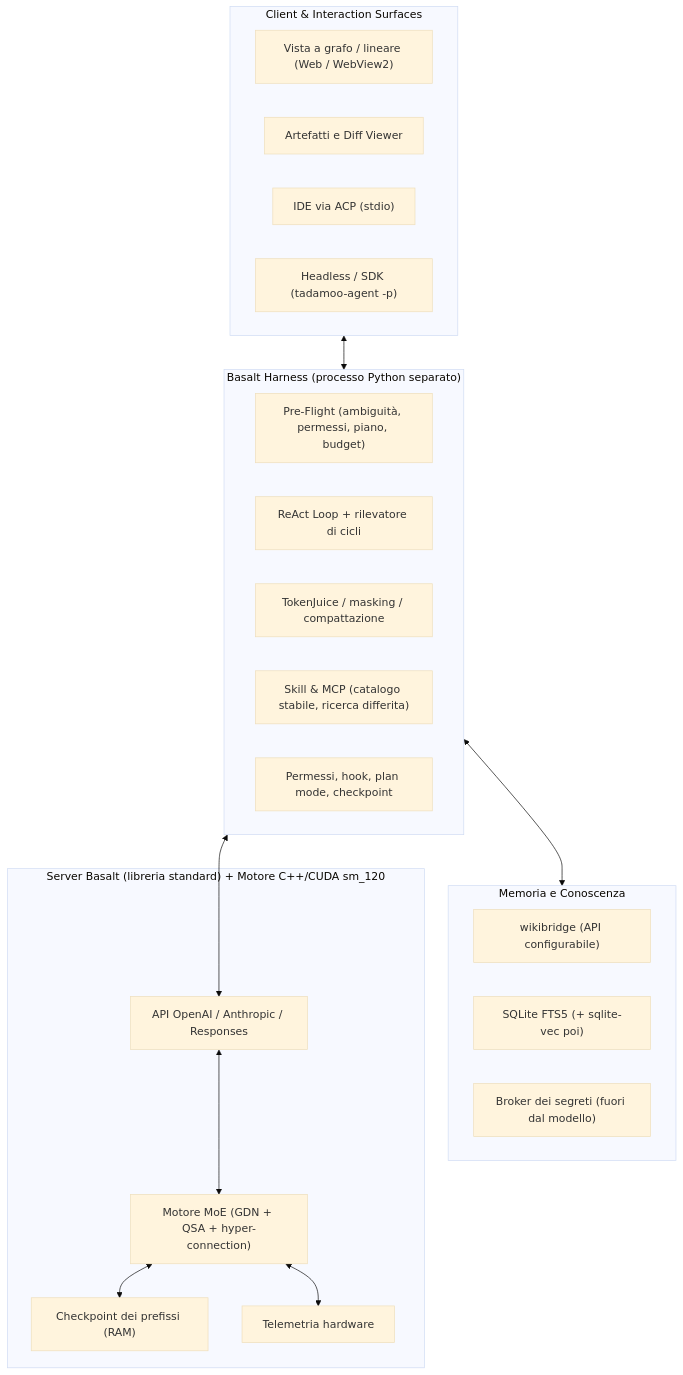
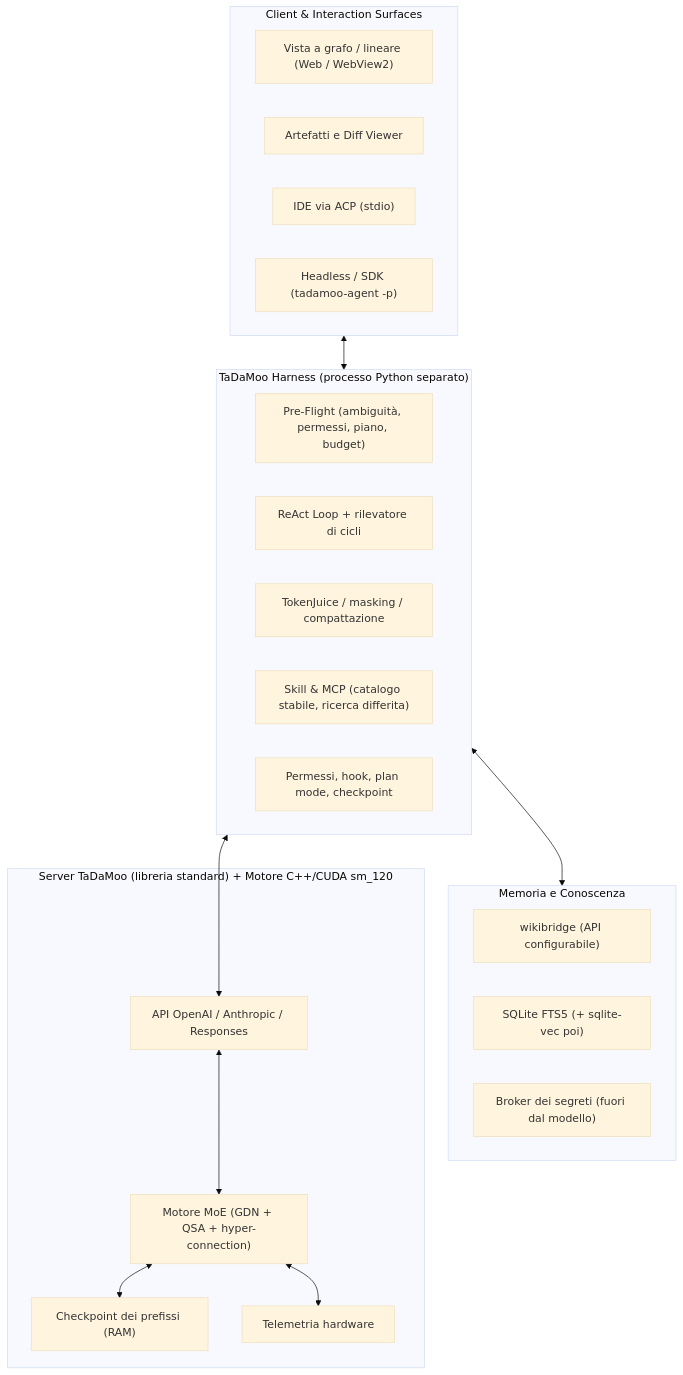
One commit to nuspy/tadamoo changed the sixth of 7 diagrams in the_way_to_the_moon.md. Above: the diagram before and after it, drawn with Mermaid (base theme). The commit also changed other lines of this file and 163 other files, not shown here.

First line of the commit message:
rename: the product name in prose becomes TaDaMoo and the engine's becomes Basalt-Plus

````diff
--- a/the_way_to_the_moon.md
+++ b/the_way_to_the_moon.md
@@ -969,37 +969,37 @@
 ```mermaid
 flowchart TD
     subgraph Client_Tier ["Client & Interaction Surfaces"]
         CANVAS["Vista a grafo / lineare (Web / WebView2)"]
         DIFF["Artefatti e Diff Viewer"]
         IDE["IDE via ACP (stdio)"]
         CLI["Headless / SDK (tadamoo-agent -p)"]
     end
 
-    subgraph Harness_Tier ["Basalt Harness (processo Python separato)"]
+    subgraph Harness_Tier ["TaDaMoo Harness (processo Python separato)"]
         PRE["Pre-Flight (ambiguità, permessi, piano, budget)"]
         REACT["ReAct Loop + rilevatore di cicli"]
         TJ["TokenJuice / masking / compattazione"]
         ROUTER["Skill & MCP (catalogo stabile, ricerca differita)"]
         PERM["Permessi, hook, plan mode, checkpoint"]
     end
 
     subgraph Knowledge_Tier ["Memoria e Conoscenza"]
         WIKI["wikibridge (API configurabile)"]
         SQL["SQLite FTS5 (+ sqlite-vec poi)"]
         BROKER["Broker dei segreti (fuori dal modello)"]
     end
 
-    subgraph Engine_Tier ["Server Basalt (libreria standard) + Motore C++/CUDA sm_120"]
+    subgraph Engine_Tier ["Server TaDaMoo (libreria standard) + Motore C++/CUDA sm_120"]
         API["API OpenAI / Anthropic / Responses"]
         ENGINE["Motore MoE (GDN + QSA + hyper-connection)"]
         CACHE["Checkpoint dei prefissi (RAM)"]
         VRAM["Telemetria hardware"]
     end
 
     Client_Tier <--> Harness_Tier
     Harness_Tier <--> Knowledge_Tier
     Harness_Tier <--> API
     API <--> ENGINE
     ENGINE <--> CACHE
     ENGINE <--> VRAM
 ```
````
